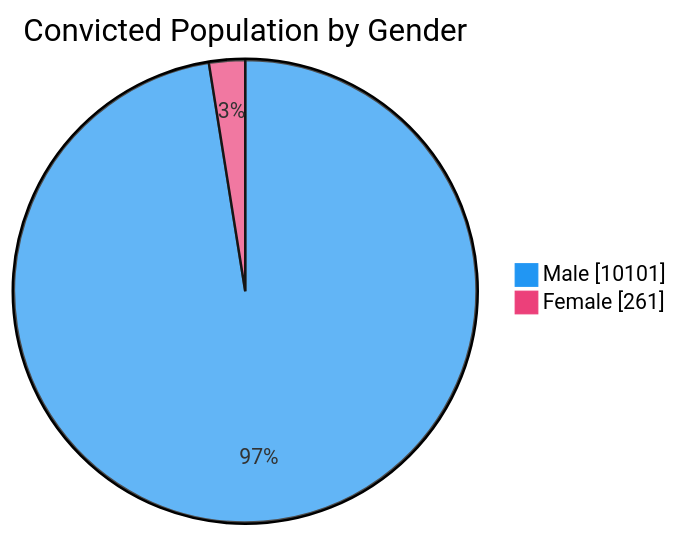
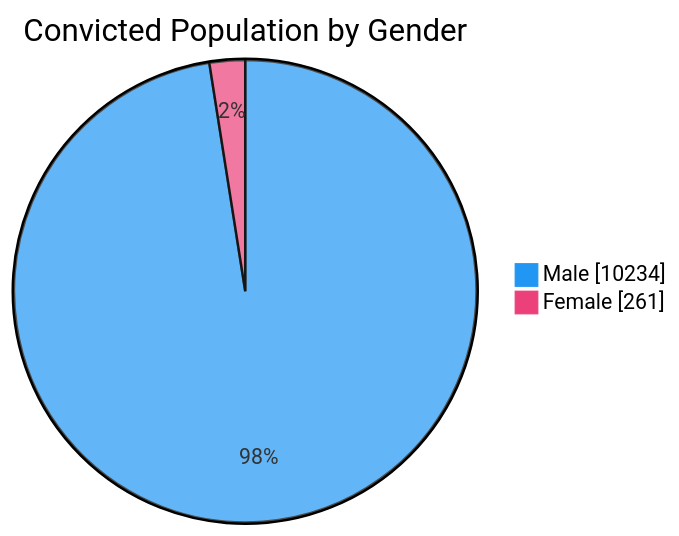
Before and after one commit to nuuuwan/lk_prisons: the third of 7 diagrams in README.md, drawn with Mermaid. The commit also changed other lines of this file and 1 other file, not shown here.

````diff
--- a/README.md
+++ b/README.md
@@ -65,6 +65,6 @@
 ```mermaid
 %%{init: {'themeVariables': {'pie1': '#2196F3', 'pie2': '#EC407A'}}}%%
 pie showData title Convicted Population by Gender
-    "Male" : 10101
+    "Male" : 10234
     "Female" : 261
 ```
````
